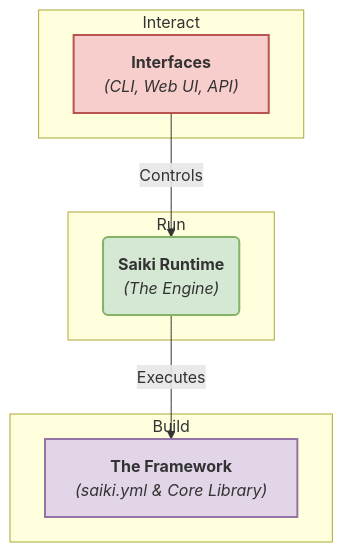
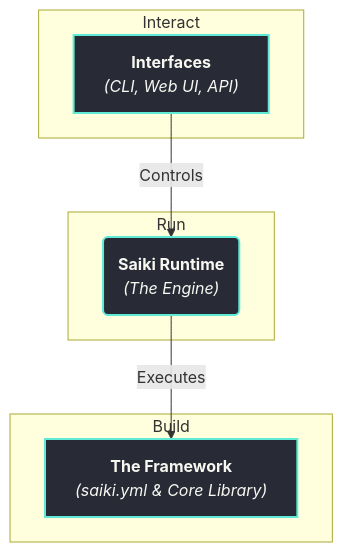
The diagram in docs/docs/getting-started/intro.md (truffle-ai/saiki), drawn with Mermaid before and after one commit. The commit also changed 2 other files, not shown here.

Commit message:
fixed styles

````diff
--- a/docs/docs/getting-started/intro.md
+++ b/docs/docs/getting-started/intro.md
@@ -11,26 +11,20 @@
 ```mermaid
 graph TD
     subgraph "Interact"
         A["<b>Interfaces</b><br><i>(CLI, Web UI, API)</i>"]
     end
     
     subgraph "Run"
         B("<b>Saiki Runtime</b><br><i>(The Engine)</i>")
     end
 
     subgraph "Build"
         C["<b>The Framework</b><br><i>(saiki.yml & Core Library)</i>"]
     end
 
     A -- "Controls" --> B
     B -- "Executes" --> C
 
-    classDef interact fill:#f8cecc,stroke:#b85450,stroke-width:2px;
-    class A interact;
-
-    classDef run fill:#d5e8d4,stroke:#82b366,stroke-width:2px;
-    class B run;
-
-    classDef build fill:#e1d5e7,stroke:#9673a6,stroke-width:2px;
-    class C build;
+    classDef darkNode fill:#282a36,stroke:#5eead4,stroke-width:2px,color:#f8f8f2;
+    class A,B,C darkNode;
 ```
````
